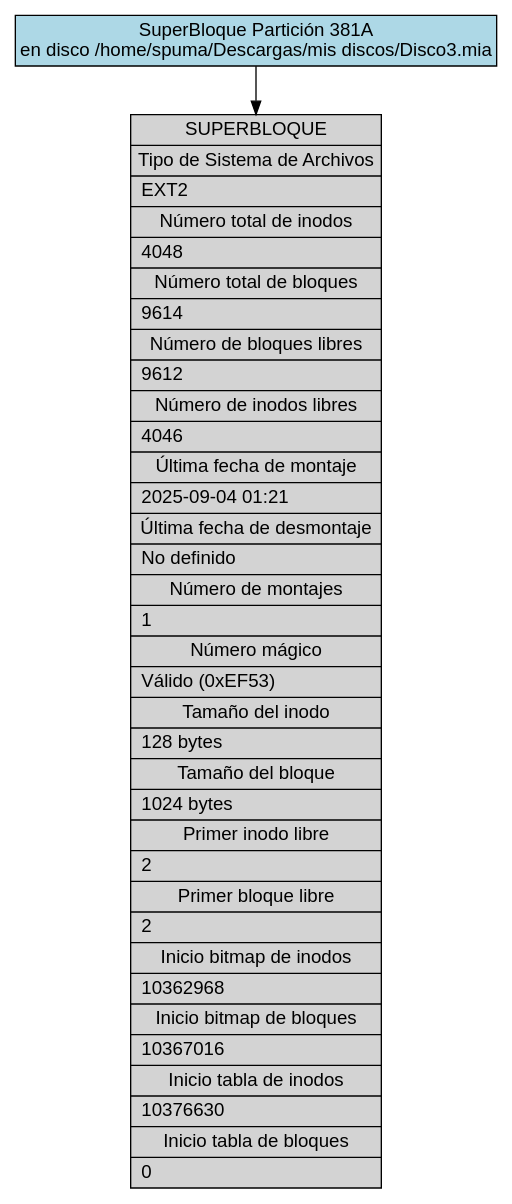
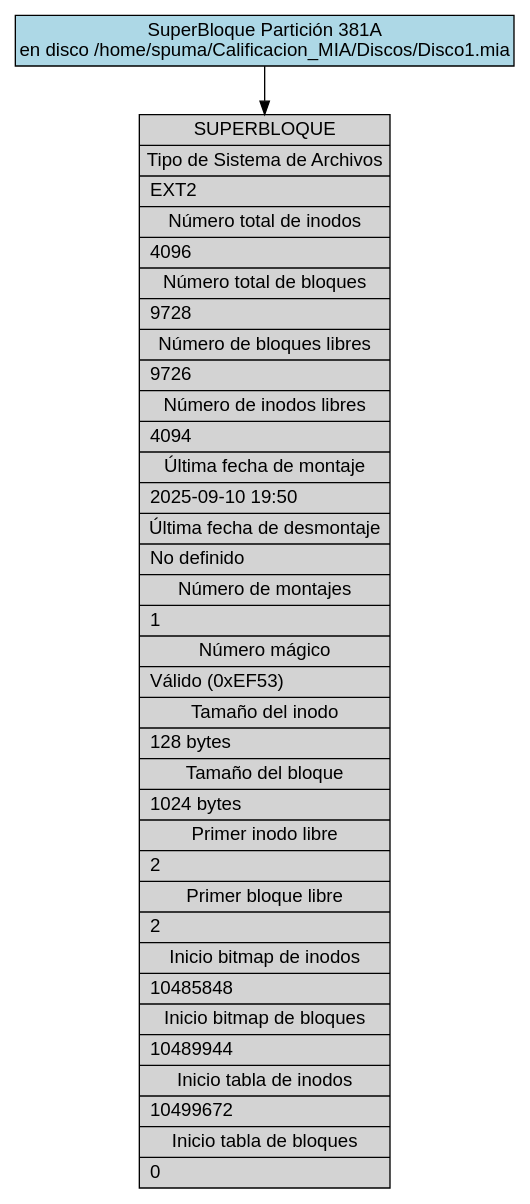
The diagram in backend/provider/reports/src/sb_381A.dot (DiegVas/MIA_2S2025_P1_202300638), drawn with Graphviz before and after one commit. The commit also changed 28 other files, not shown here.

```diff
--- a/backend/provider/reports/src/sb_381A.dot
+++ b/backend/provider/reports/src/sb_381A.dot
@@ -1,13 +1,13 @@
 digraph Superblock_Report {
     rankdir=TB;
     node [shape=record, fontname="Arial"];
     edge [fontname="Arial"];
     graph [fontname="Arial"];
 
-    title [label="SuperBloque Partición 381A\nen disco /home/spuma/Descargas/mis discos/Disco3.mia", shape=box, style=filled, fillcolor=lightblue];
+    title [label="SuperBloque Partición 381A\nen disco /home/spuma/Calificacion_MIA/Discos/Disco1.mia", shape=box, style=filled, fillcolor=lightblue];
 
-    superblock [label="{SUPERBLOQUE|Tipo de Sistema de Archivos|EXT2\l|Número total de inodos|4048\l|Número total de bloques|9614\l|Número de bloques libres|9612\l|Número de inodos libres|4046\l|Última fecha de montaje|2025-09-04 01:21\l|Última fecha de desmontaje|No definido\l|Número de montajes|1\l|Número mágico|Válido (0xEF53)\l|Tamaño del inodo|128 bytes\l|Tamaño del bloque|1024 bytes\l|Primer inodo libre|2\l|Primer bloque libre|2\l|Inicio bitmap de inodos|10362968\l|Inicio bitmap de bloques|10367016\l|Inicio tabla de inodos|10376630\l|Inicio tabla de bloques|0\l}", style=filled, fillcolor=lightgray];
+    superblock [label="{SUPERBLOQUE|Tipo de Sistema de Archivos|EXT2\l|Número total de inodos|4096\l|Número total de bloques|9728\l|Número de bloques libres|9726\l|Número de inodos libres|4094\l|Última fecha de montaje|2025-09-10 19:50\l|Última fecha de desmontaje|No definido\l|Número de montajes|1\l|Número mágico|Válido (0xEF53)\l|Tamaño del inodo|128 bytes\l|Tamaño del bloque|1024 bytes\l|Primer inodo libre|2\l|Primer bloque libre|2\l|Inicio bitmap de inodos|10485848\l|Inicio bitmap de bloques|10489944\l|Inicio tabla de inodos|10499672\l|Inicio tabla de bloques|0\l}", style=filled, fillcolor=lightgray];
 
     title -> superblock;
 
 }
```
